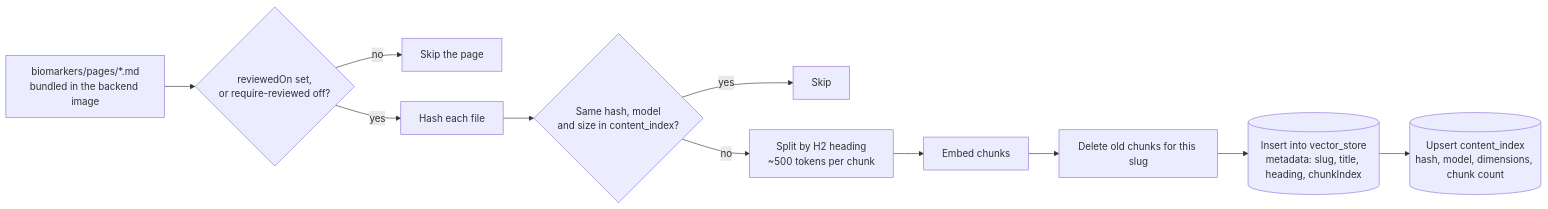
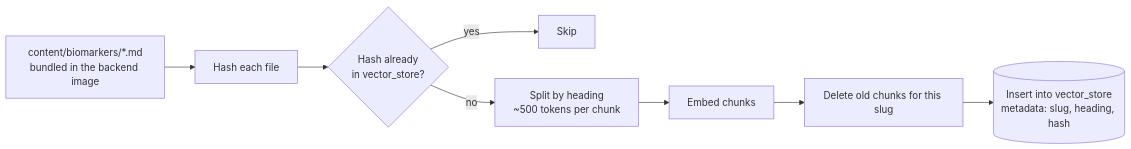
One commit to SaqibCod/medi-scan changed diagram 18 of 20 in docs/dataflow.md. Above: the diagram before and after it, drawn with Mermaid. The commit also changed other lines of this file and 774 other files, not shown here.

````diff
--- a/docs/dataflow.md
+++ b/docs/dataflow.md
@@ -681,13 +620,10 @@
 ```mermaid
 flowchart LR
-    F["biomarkers/pages/*.md<br/>bundled in the backend image"] --> R{"reviewedOn set,<br/>or require-reviewed off?"}
-    R -->|"no"| SKIPR["Skip the page"]
-    R -->|"yes"| H["Hash each file"]
-    H --> CMP{"Same hash, model<br/>and size in content_index?"}
+    F["content/biomarkers/*.md<br/>bundled in the backend image"] --> H["Hash each file"]
+    H --> CMP{"Hash already<br/>in vector_store?"}
     CMP -->|"yes"| SKIP["Skip"]
-    CMP -->|"no"| CH["Split by H2 heading<br/>~500 tokens per chunk"]
+    CMP -->|"no"| CH["Split by heading<br/>~500 tokens per chunk"]
     CH --> EMB["Embed chunks"]
     EMB --> DEL["Delete old chunks for this slug"]
-    DEL --> INS[("Insert into vector_store<br/>metadata: slug, title, heading, chunkIndex")]
-    INS --> UPD[("Upsert content_index<br/>hash, model, dimensions, chunk count")]
+    DEL --> INS[("Insert into vector_store<br/>metadata: slug, heading, hash")]
 ```
````
